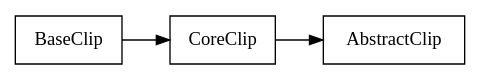
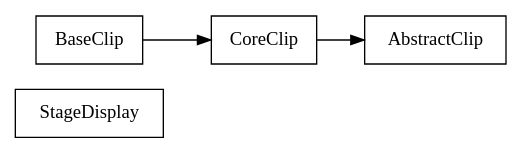
The diagram in docs/com/sekati/display/classes.dot (sekati/sasapi), drawn with Graphviz before and after one commit. The commit also changed 94 other files, not shown here.

```diff
--- a/docs/com/sekati/display/classes.dot
+++ b/docs/com/sekati/display/classes.dot
@@ -1,23 +1,29 @@
 strict digraph class_diagram {
   rankdir=LR;
+  TypeStageDisplay[
+    label="StageDisplay",
+    URL="StageDisplay.html",
+    tooltip="com.sekati.display.StageDisplay",
+    shape="record"
+  ];
   TypeCoreClip[
     label="CoreClip",
     URL="CoreClip.html",
     tooltip="com.sekati.display.CoreClip",
     shape="record"
   ];
   TypeBaseClip[
     label="BaseClip",
     URL="BaseClip.html",
     tooltip="com.sekati.display.BaseClip",
     shape="record"
   ];
   TypeAbstractClip[
     label="AbstractClip",
     URL="AbstractClip.html",
     tooltip="com.sekati.display.AbstractClip",
     shape="record"
   ];
   TypeBaseClip -> TypeCoreClip;
   TypeCoreClip -> TypeAbstractClip;
 }
```
